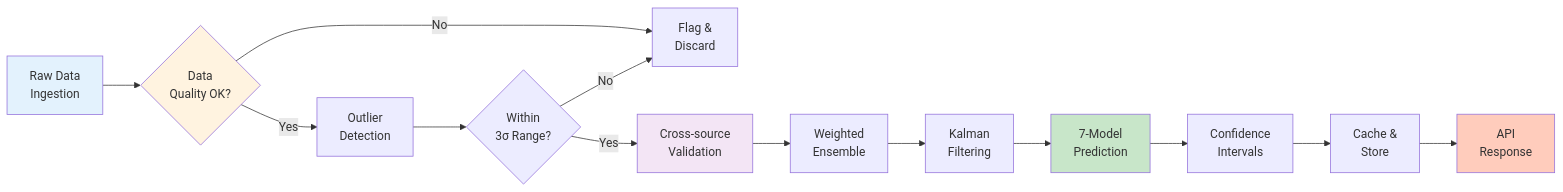
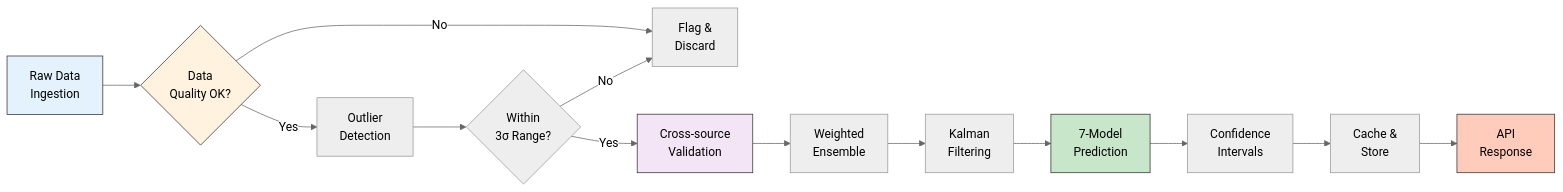
One commit to sumith1309/Project_Sahara_Sense changed the sixth of 14 diagrams in README.md. Above: the diagram before and after it, drawn with Mermaid. The commit also changed other lines of this file, not shown here.

Commit message:
docs: Enhance Mermaid diagrams visibility with neutral theme

````diff
--- a/README.md
+++ b/README.md
@@ -310,21 +315,22 @@
 ```mermaid
+%%{init: {'theme': 'neutral'}}%%
 flowchart LR
     A[Raw Data<br/>Ingestion] --> B{Data<br/>Quality OK?}
     B -->|No| C[Flag &<br/>Discard]
     B -->|Yes| D[Outlier<br/>Detection]
     D --> E{Within<br/>3σ Range?}
     E -->|No| C
     E -->|Yes| F[Cross-source<br/>Validation]
     F --> G[Weighted<br/>Ensemble]
     G --> H[Kalman<br/>Filtering]
     H --> I[7-Model<br/>Prediction]
     I --> J[Confidence<br/>Intervals]
     J --> K[Cache &<br/>Store]
     K --> L[API<br/>Response]
     
-    style A fill:#e3f2fd
-    style B fill:#fff3e0
-    style F fill:#f3e5f5
-    style I fill:#c8e6c9
-    style L fill:#ffccbc
+    style A fill:#e3f2fd,stroke:#333,color:#000
+    style B fill:#fff3e0,stroke:#333,color:#000
+    style F fill:#f3e5f5,stroke:#333,color:#000
+    style I fill:#c8e6c9,stroke:#333,color:#000
+    style L fill:#ffccbc,stroke:#333,color:#000
 ```
````
